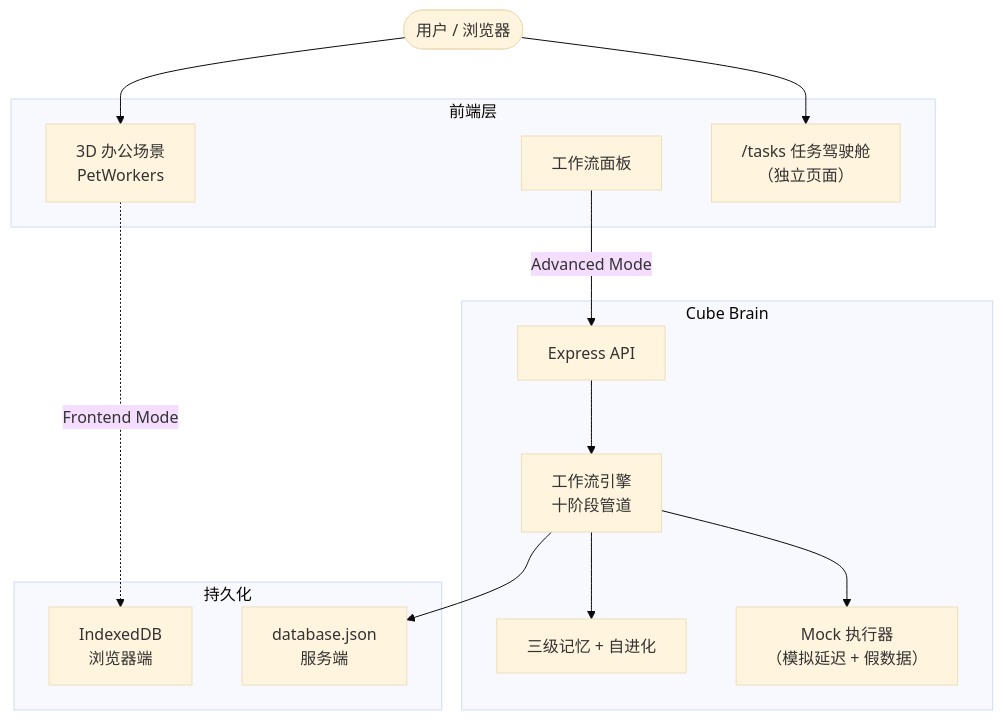
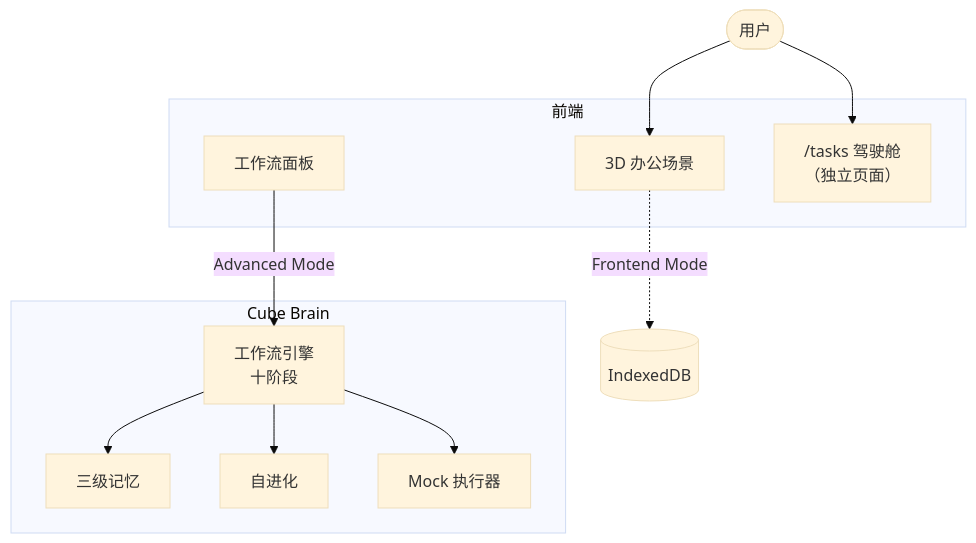
One commit to xiaojilele-glitch/cube-pets-office changed the second of 6 diagrams in .kiro/steering/spec-execution-roadmap.md. Above: the diagram before and after it, drawn with Mermaid (base theme). The commit also changed other lines of this file, not shown here.

Commit message:
docs: rewrite spec execution roadmap with 46 specs, 8-phase plan, and Mermaid architecture evolution diagrams

````diff
--- a/.kiro/steering/spec-execution-roadmap.md
+++ b/.kiro/steering/spec-execution-roadmap.md
@@ -215,30 +295,22 @@
 ```mermaid
 flowchart TB
-  User([用户 / 浏览器])
+  User([用户])
 
-  subgraph Client["前端层"]
-    Scene3D["3D 办公场景<br/>PetWorkers"]
+  subgraph Client["前端"]
+    Scene3D["3D 办公场景"]
     WFPanel["工作流面板"]
-    TasksPage["/tasks 任务驾驶舱<br/>（独立页面）"]
+    Tasks["/tasks 驾驶舱<br/>（独立页面）"]
   end
 
   subgraph Brain["Cube Brain"]
-    API["Express API"]
-    Engine["工作流引擎<br/>十阶段管道"]
-    Memory["三级记忆 + 自进化"]
-    MockExec["Mock 执行器<br/>（模拟延迟 + 假数据）"]
+    Engine["工作流引擎<br/>十阶段"]
+    Memory["三级记忆"]
+    Evo["自进化"]
+    Mock["Mock 执行器"]
   end
 
-  subgraph Storage["持久化"]
-    IDB["IndexedDB<br/>浏览器端"]
-    JSON["database.json<br/>服务端"]
-  end
-
-  User --> Scene3D
-  User --> TasksPage
-  Scene3D -.->|Frontend Mode| IDB
-  WFPanel -->|Advanced Mode| API
-  API --> Engine --> Memory
-  Engine --> MockExec
-  Engine --> JSON
+  User --> Scene3D & Tasks
+  Scene3D -.->|Frontend Mode| IDB[(IndexedDB)]
+  WFPanel -->|Advanced Mode| Engine
+  Engine --> Memory & Evo & Mock
 ```
````
